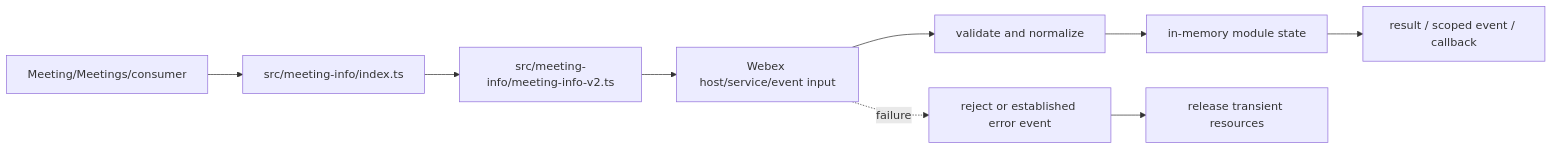
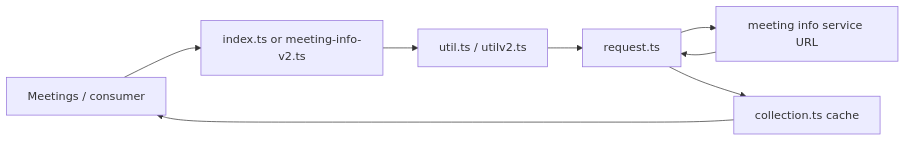
Before and after one commit to webex/webex-js-sdk: the first of 4 diagrams in packages/@webex/plugin-meetings/src/meeting-info/ai-docs/meeting-info-spec.md, drawn with Mermaid. The commit also changed other lines of this file and 26 other files, not shown here.

````diff
--- a/packages/@webex/plugin-meetings/src/meeting-info/ai-docs/meeting-info-spec.md
+++ b/packages/@webex/plugin-meetings/src/meeting-info/ai-docs/meeting-info-spec.md
@@ -104,11 +105,10 @@
 ```mermaid
 flowchart LR
-  Caller[Meeting/Meetings/consumer] --> Entry[src/meeting-info/index.ts]
-  Entry --> Support[src/meeting-info/meeting-info-v2.ts]
-  Support --> Remote[Webex host/service/event input]
-  Remote --> Normalize[validate and normalize]
-  Normalize --> State[in-memory module state]
-  State --> Output[result / scoped event / callback]
-  Remote -. failure .-> Error[reject or established error event]
-  Error --> Cleanup[release transient resources]
+  Caller[Meetings / consumer] --> Facade[index.ts or meeting-info-v2.ts]
+  Facade --> Normalize[util.ts / utilv2.ts]
+  Normalize --> Request[request.ts]
+  Request --> Service[meeting info service URL]
+  Service --> Request
+  Request --> Collection[collection.ts cache]
+  Collection --> Caller
 ```
````
